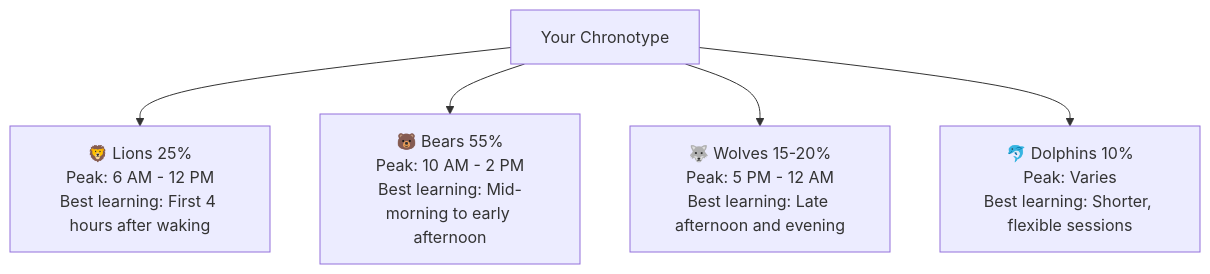
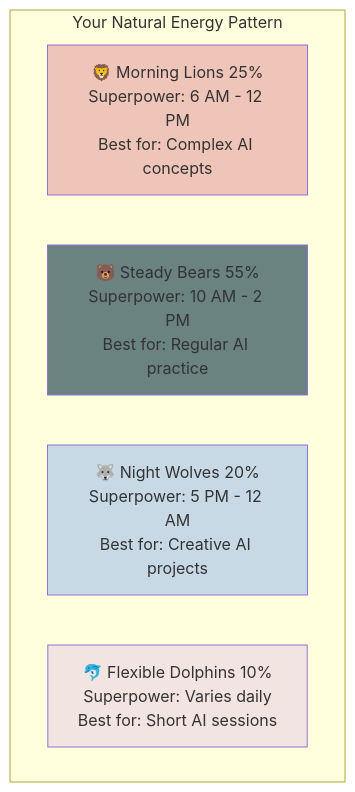
One commit to ninabrenes/ai-for-normal-people changed the third of 5 diagrams in how-to-learn-anything.md. Above: the diagram before and after it, drawn with Mermaid. The commit also changed other lines of this file, not shown here.

````diff
--- a/how-to-learn-anything.md
+++ b/how-to-learn-anything.md
@@ -77,7 +93,14 @@
 ```mermaid
 graph TD
-    A[Your Chronotype] --> B[🦁 Lions 25%<br/>Peak: 6 AM - 12 PM<br/>Best learning: First 4 hours after waking]
-    A --> C[🐻 Bears 55%<br/>Peak: 10 AM - 2 PM<br/>Best learning: Mid-morning to early afternoon]
-    A --> D[🐺 Wolves 15-20%<br/>Peak: 5 PM - 12 AM<br/>Best learning: Late afternoon and evening]
-    A --> E[🐬 Dolphins 10%<br/>Peak: Varies<br/>Best learning: Shorter, flexible sessions]
+    subgraph Chronotypes[Your Natural Energy Pattern]
+        L[🦁 Morning Lions 25%<br/>Superpower: 6 AM - 12 PM<br/>Best for: Complex AI concepts]
+        B[🐻 Steady Bears 55%<br/>Superpower: 10 AM - 2 PM<br/>Best for: Regular AI practice]
+        W[🐺 Night Wolves 20%<br/>Superpower: 5 PM - 12 AM<br/>Best for: Creative AI projects]
+        D[🐬 Flexible Dolphins 10%<br/>Superpower: Varies daily<br/>Best for: Short AI sessions]
+    end
+    
+    style L fill:#efc5b9
+    style B fill:#6a8280
+    style W fill:#c8d9e6
+    style D fill:#f2e5e1
 ```
````
